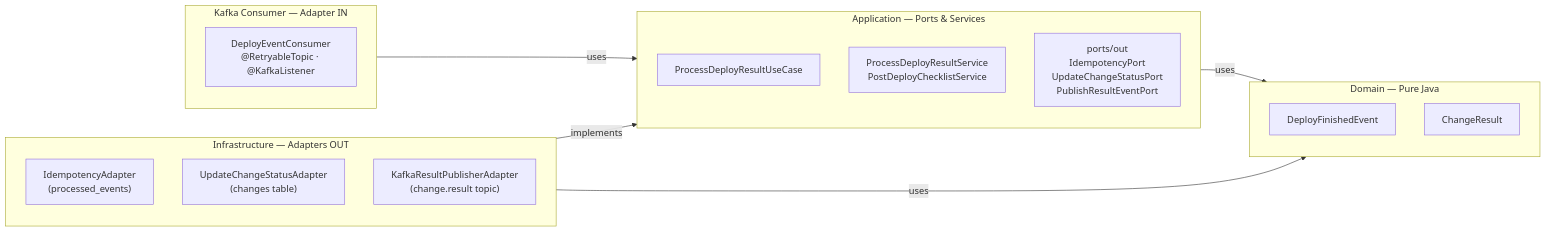
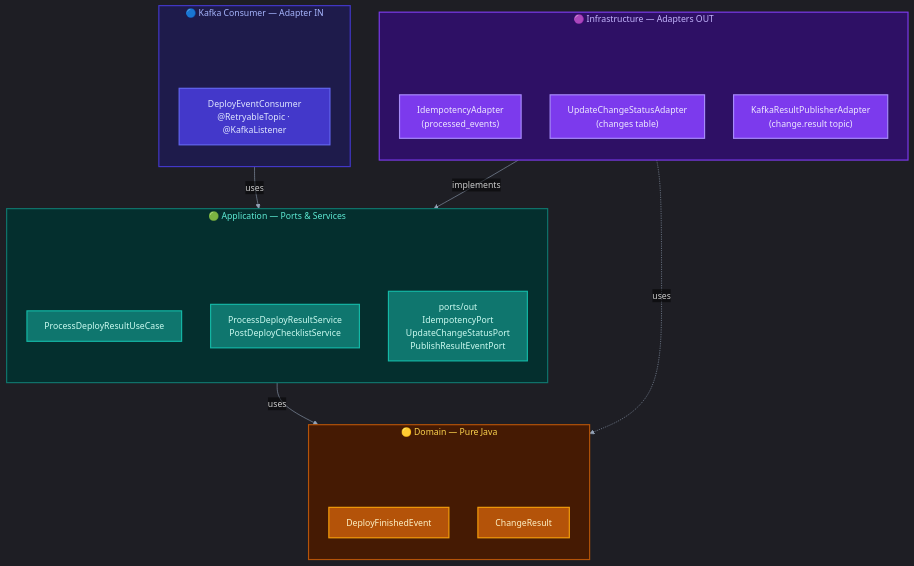
Before and after one commit to claudecirmiranda/changeops: the fifth of 10 diagrams in docs/PROJETO_COMPLETO.md, drawn with Mermaid. The commit also changed other lines of this file and 3 other files, not shown here.

First line of the commit message:
refactor: update container and sequence diagrams for ChangeOps Dashboard

````diff
--- a/docs/PROJETO_COMPLETO.md
+++ b/docs/PROJETO_COMPLETO.md
@@ -632,25 +724,60 @@
 ```mermaid
-graph LR
-    subgraph KIN["Kafka Consumer — Adapter IN"]
+%%{init: {'theme':'dark', 'themeVariables':{'fontSize':'15px','lineColor':'#94A3B8','edgeLabelBackground':'transparent'}}}%%
+flowchart TB
+    subgraph KIN["🔵 Kafka Consumer — Adapter IN"]
+        direction TB
+        kin_sp[ ]:::hidden
+        kin_sp ~~~ CONS
         CONS["DeployEventConsumer<br/>@RetryableTopic · @KafkaListener"]
     end
-    subgraph APP["Application — Ports & Services"]
+    subgraph APP["🟢 Application — Ports & Services"]
+        direction TB
+        app_sp[ ]:::hidden
+        app_sp ~~~ UC
+        app_sp ~~~ SVC
+        app_sp ~~~ PORTS
         UC["ProcessDeployResultUseCase"]
         SVC["ProcessDeployResultService<br/>PostDeployChecklistService"]
         PORTS["ports/out<br/>IdempotencyPort<br/>UpdateChangeStatusPort<br/>PublishResultEventPort"]
     end
-    subgraph DOM["Domain — Pure Java"]
+    subgraph DOM["🟡 Domain — Pure Java"]
+        direction TB
+        dom_sp[ ]:::hidden
+        dom_sp ~~~ EVT
+        dom_sp ~~~ RES
         EVT["DeployFinishedEvent"]
         RES["ChangeResult"]
     end
-    subgraph INFRA["Infrastructure — Adapters OUT"]
+    subgraph INFRA["🟣 Infrastructure — Adapters OUT"]
+        direction TB
+        infra_sp[ ]:::hidden
+        infra_sp ~~~ IDEM
+        infra_sp ~~~ UPD
+        infra_sp ~~~ PUB
         IDEM["IdempotencyAdapter<br/>(processed_events)"]
         UPD["UpdateChangeStatusAdapter<br/>(changes table)"]
         PUB["KafkaResultPublisherAdapter<br/>(change.result topic)"]
     end
 
     KIN -->|uses| APP
     APP -->|uses| DOM
     INFRA -->|implements| APP
-    INFRA -->|uses| DOM
+    INFRA -.->|uses| DOM
+
+    classDef api fill:#4338CA,stroke:#6366F1,color:#E0E7FF,stroke-width:2px
+    classDef app fill:#0F766E,stroke:#14B8A6,color:#CCFBF1,stroke-width:2px
+    classDef domain fill:#B45309,stroke:#F59E0B,color:#FEF3C7,stroke-width:2px
+    classDef infra fill:#7C3AED,stroke:#A78BFA,color:#EDE9FE,stroke-width:2px
+    classDef hidden fill:transparent,stroke:none,color:transparent,stroke-width:0px
+
+    class CONS api
+    class UC,SVC,PORTS app
+    class EVT,RES domain
+    class IDEM,UPD,PUB infra
+    class kin_sp,app_sp,dom_sp,infra_sp hidden
+
+    style KIN fill:#1E1B4B,stroke:#4338CA,stroke-width:2px,color:#A5B4FC
+    style APP fill:#042F2E,stroke:#0F766E,stroke-width:2px,color:#5EEAD4
+    style DOM fill:#451A03,stroke:#B45309,stroke-width:2px,color:#FCD34D
+    style INFRA fill:#2E1065,stroke:#7C3AED,stroke-width:2px,color:#C4B5FD
 ```
````
